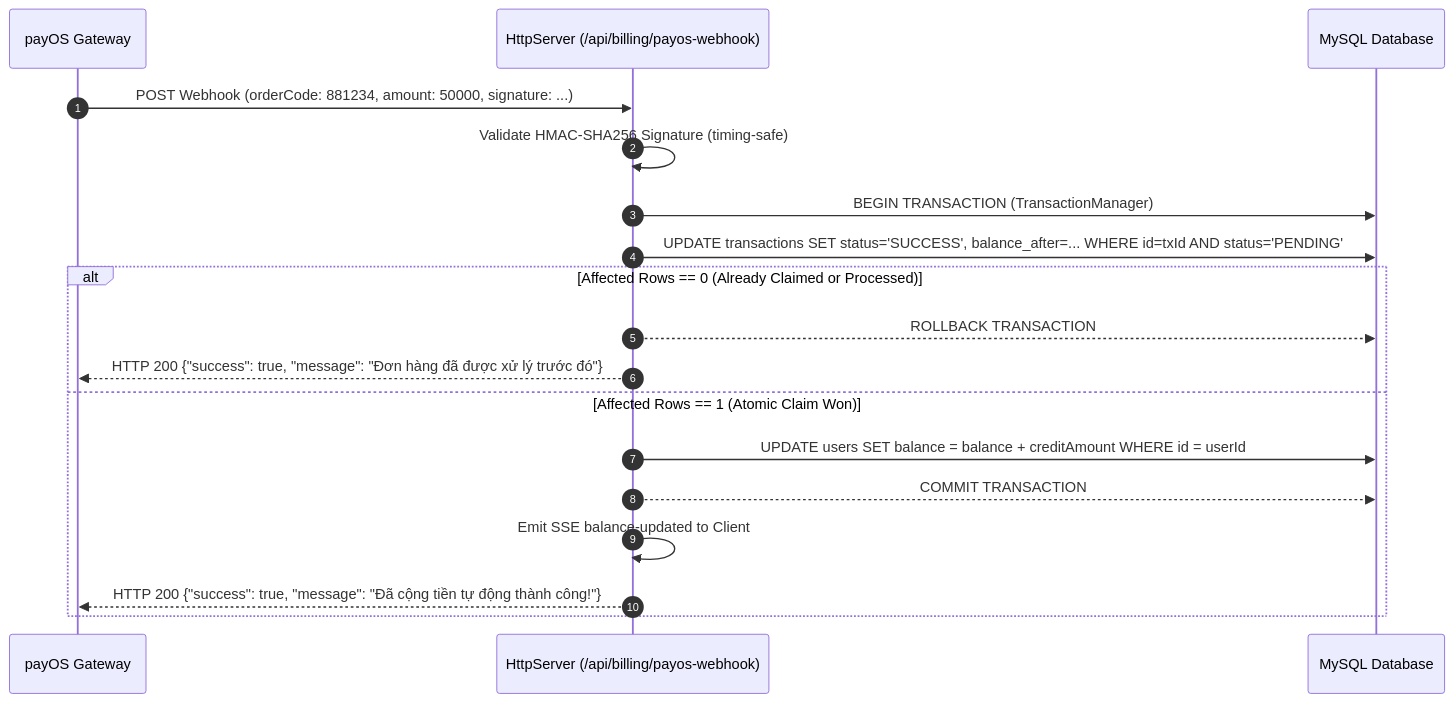
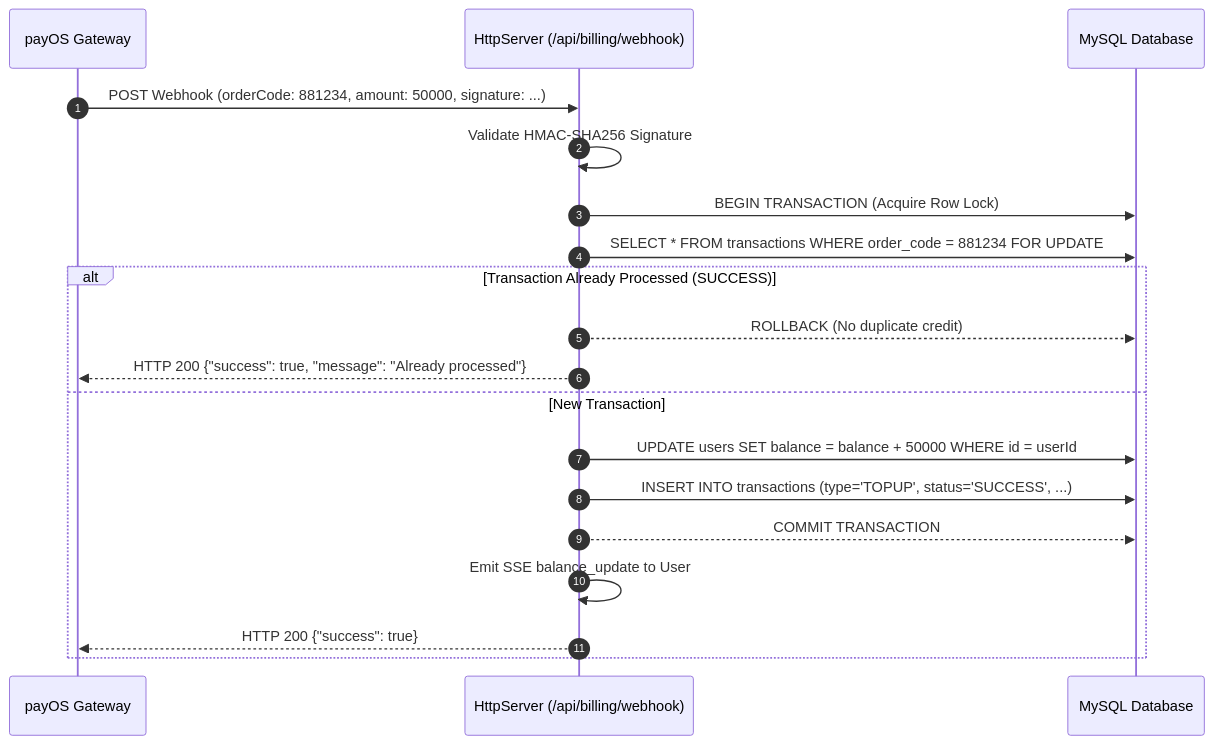
Before and after one commit to hoangfhisp/auto-server-manager-avatar2d-angleChip: the diagram in docs/API_SPECIFICATION.md, drawn with Mermaid. The commit also changed other lines of this file and 70 other files, not shown here.

````diff
--- a/docs/API_SPECIFICATION.md
+++ b/docs/API_SPECIFICATION.md
@@ -253,23 +215,24 @@
 ```mermaid
 sequenceDiagram
     autonumber
     participant payOS as payOS Gateway
-    participant Server as HttpServer (/api/billing/payos-webhook)
+    participant Server as HttpServer (/api/billing/webhook)
     participant DB as MySQL Database
     
     payOS->>Server: POST Webhook (orderCode: 881234, amount: 50000, signature: ...)
-    Server->>Server: Validate HMAC-SHA256 Signature (timing-safe)
+    Server->>Server: Validate HMAC-SHA256 Signature
     
-    Server->>DB: BEGIN TRANSACTION (TransactionManager)
-    Server->>DB: UPDATE transactions SET status='SUCCESS', balance_after=... WHERE id=txId AND status='PENDING'
+    Server->>DB: BEGIN TRANSACTION (Acquire Row Lock)
+    Server->>DB: SELECT * FROM transactions WHERE order_code = 881234 FOR UPDATE
     
-    alt Affected Rows == 0 (Already Claimed or Processed)
-        Server-->>DB: ROLLBACK TRANSACTION
-        Server-->>payOS: HTTP 200 {"success": true, "message": "Đơn hàng đã được xử lý trước đó"}
-    else Affected Rows == 1 (Atomic Claim Won)
-        Server->>DB: UPDATE users SET balance = balance + creditAmount WHERE id = userId
+    alt Transaction Already Processed (SUCCESS)
+        Server-->>DB: ROLLBACK (No duplicate credit)
+        Server-->>payOS: HTTP 200 {"success": true, "message": "Already processed"}
+    else New Transaction
+        Server->>DB: UPDATE users SET balance = balance + 50000 WHERE id = userId
+        Server->>DB: INSERT INTO transactions (type='TOPUP', status='SUCCESS', ...)
         Server-->>DB: COMMIT TRANSACTION
-        Server->>Server: Emit SSE balance-updated to Client
-        Server-->>payOS: HTTP 200 {"success": true, "message": "Đã cộng tiền tự động thành công!"}
+        Server->>Server: Emit SSE balance_update to User
+        Server-->>payOS: HTTP 200 {"success": true}
     end
 ```
````
